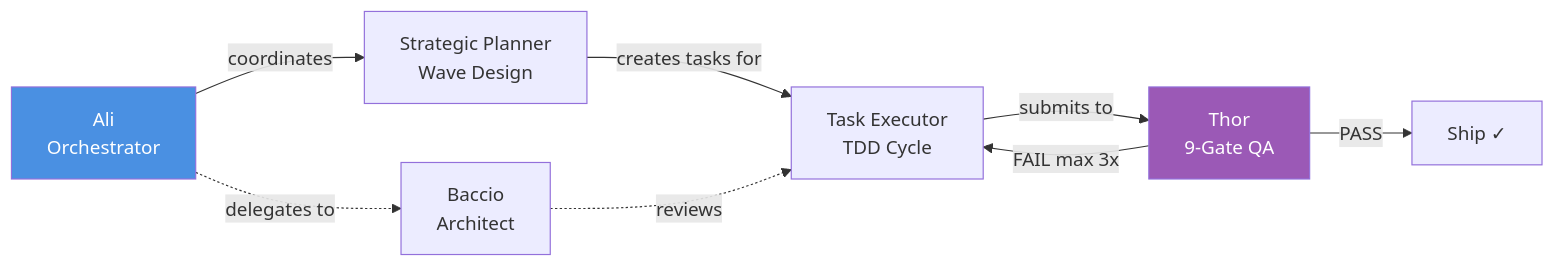
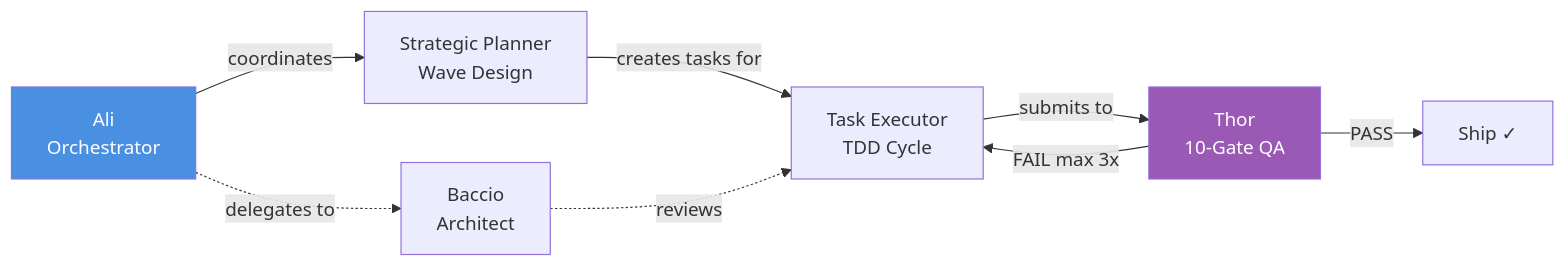
One commit to Roberdan/MyConvergio changed the first of 2 diagrams in docs/agents/agent-showcase.md. Above: the diagram before and after it, drawn with Mermaid. The commit also changed other lines of this file and 364 other files, not shown here.

````diff
--- a/docs/agents/agent-showcase.md
+++ b/docs/agents/agent-showcase.md
@@ -5,12 +5,12 @@
 ```mermaid
 graph LR
     ALI[Ali<br/>Orchestrator] -->|coordinates| SP[Strategic Planner<br/>Wave Design]
     SP -->|creates tasks for| TE[Task Executor<br/>TDD Cycle]
-    TE -->|submits to| TH[Thor<br/>9-Gate QA]
+    TE -->|submits to| TH[Thor<br/>10-Gate QA]
     TH -->|PASS| SHIP[Ship ✓]
     TH -->|FAIL max 3x| TE
     BAC[Baccio<br/>Architect] -.->|reviews| TE
     ALI -.->|delegates to| BAC
     style TH fill:#9B59B6,color:#fff
     style ALI fill:#4A90E2,color:#fff
 ```
````
